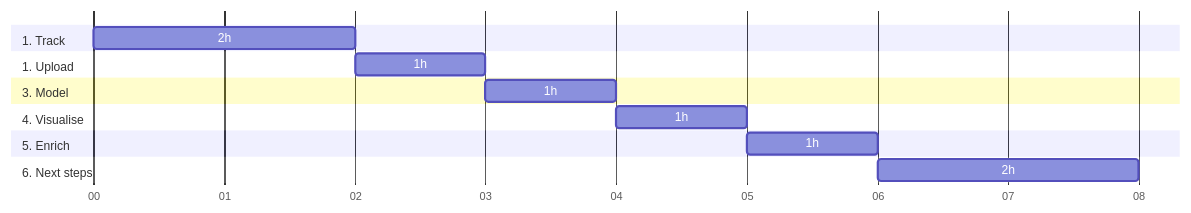
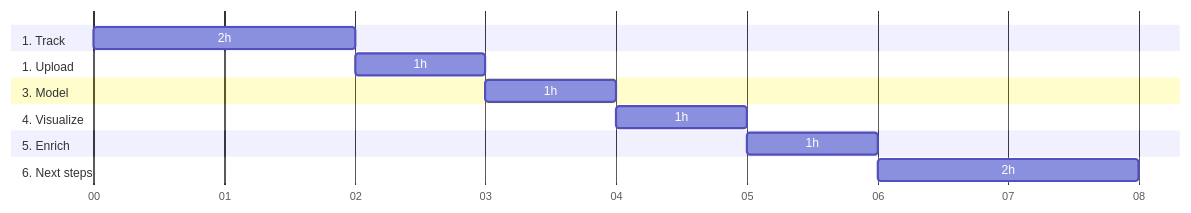
The diagram in content/introduction/_index.md (snowplow/snowplow-ecommerce-tracking-accelerator), drawn with Mermaid before and after one commit. The commit also changed other lines of this file and 43 other files, not shown here.

```diff
--- a/content/introduction/_index.md
+++ b/content/introduction/_index.md
@@ -48,18 +51,18 @@
 {{<mermaid>}}
 gantt
 dateFormat HH-mm
 axisFormat %M
 section 1. Track
 2h :track, 00-00, 2m
 section 1. Upload
 1h :upload, after track, 1m
 section 3. Model
 1h :model, after upload, 1m
-section 4. Visualise
-1h :visualise, after model, 1m
+section 4. Visualize
+1h :visualize, after model, 1m
 section 5. Enrich
-1h :enrich, after visualise, 1m
+1h :enrich, after visualize, 1m
 section 6. Next steps
 2h :next steps, after enrich, 2m
 
 {{</mermaid >}}
```
